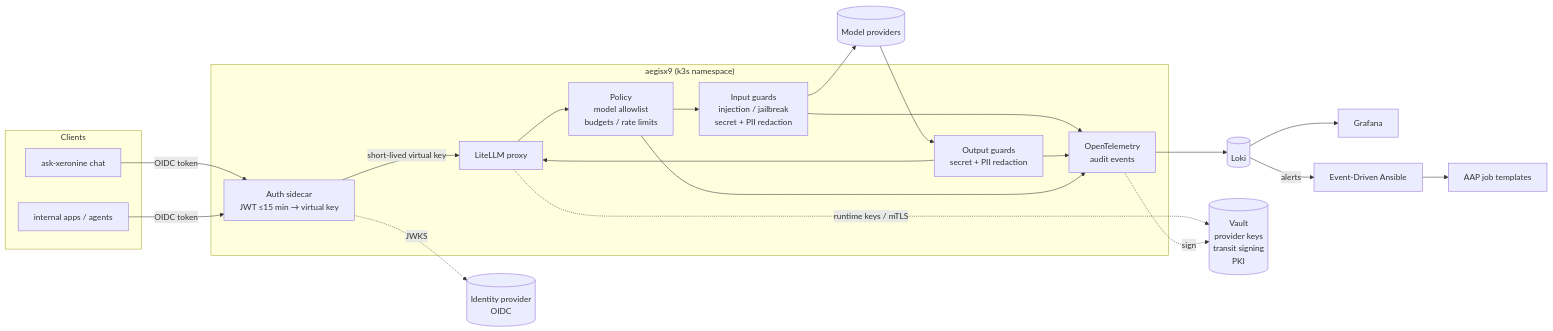
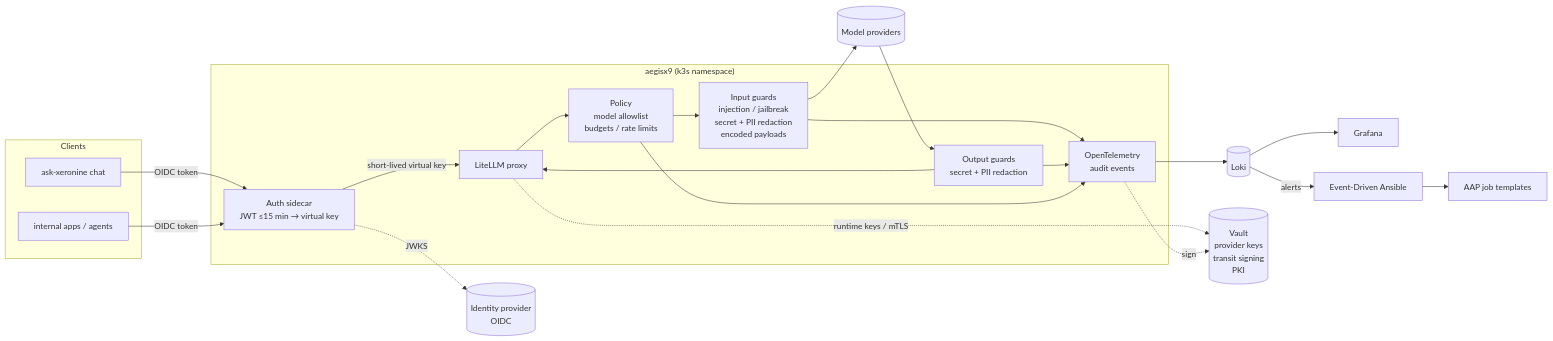
The first of 2 diagrams in README.md (mchasse73/aegisx9), drawn with Mermaid before and after one commit. The commit also changed 10 other files, not shown here.

````diff
--- a/README.md
+++ b/README.md
@@ -41,31 +41,31 @@
 ```mermaid
 flowchart LR
     subgraph Clients
         A[ask-xeronine chat]
         B[internal apps / agents]
     end
     IdP[(Identity provider<br/>OIDC)]
     subgraph aegisx9["aegisx9 (k3s namespace)"]
         AP[Auth sidecar<br/>JWT ≤15 min → virtual key]
         GW[LiteLLM proxy]
-        IG[Input guards<br/>injection / jailbreak<br/>secret + PII redaction]
+        IG[Input guards<br/>injection / jailbreak<br/>secret + PII redaction<br/>encoded payloads]
         POL[Policy<br/>model allowlist<br/>budgets / rate limits]
         OG[Output guards<br/>secret + PII redaction]
         OT[OpenTelemetry<br/>audit events]
     end
     LLM[(Model providers)]
     LOKI[(Loki)]
     GRAF[Grafana]
 
     A -->|OIDC token| AP
     B -->|OIDC token| AP
     AP -. JWKS .-> IdP
     AP -->|short-lived virtual key| GW
     GW --> POL --> IG --> LLM
     LLM --> OG --> GW
     VAULT[(Vault<br/>provider keys<br/>transit signing<br/>PKI)]
     GW -. runtime keys / mTLS .-> VAULT
     OT -. sign .-> VAULT
     IG & OG & POL --> OT --> LOKI --> GRAF
     LOKI -- alerts --> EDA[Event-Driven Ansible] --> AAP[AAP job templates]
 ```
````
